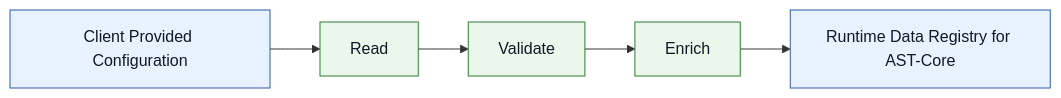
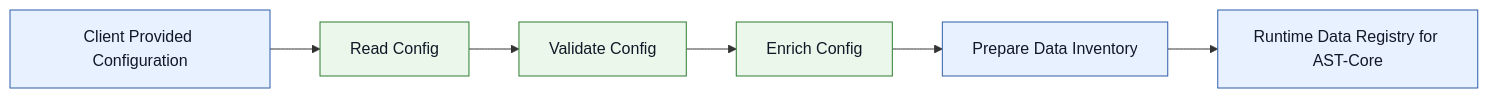
Before and after one commit to bcgov/automated-statusing-tool: the second of 6 diagrams in ast_engine/README.md, drawn with Mermaid. The commit also changed other lines of this file, not shown here.

Commit message:
Add README for ast_engine

````diff
--- a/ast_engine/README.md
+++ b/ast_engine/README.md
@@ -165,16 +163,17 @@
 ```mermaid
 flowchart LR
     A[Client Provided Configuration]
-    B[Read]
-    C[Validate]
-    D[Enrich]
-    E[Runtime Data Registry for AST-Core]
+    B[Read Config]
+    C[Validate Config]
+    D[Enrich Config]
+    E[Prepare Data Inventory]
+    F[Runtime Data Registry for AST-Core]
 
-    A --> B --> C --> D --> E 
+    A --> B --> C --> D --> E --> F
 
     class A,E,F objectNode
     class B,C,D processNode
 
     classDef objectNode fill:#E8F1FF,stroke:#2F5DA8,stroke-width:1px,color:#111827
     classDef processNode fill:#EAF7EA,stroke:#2E7D32,stroke-width:1px,color:#111827
 ```
````
